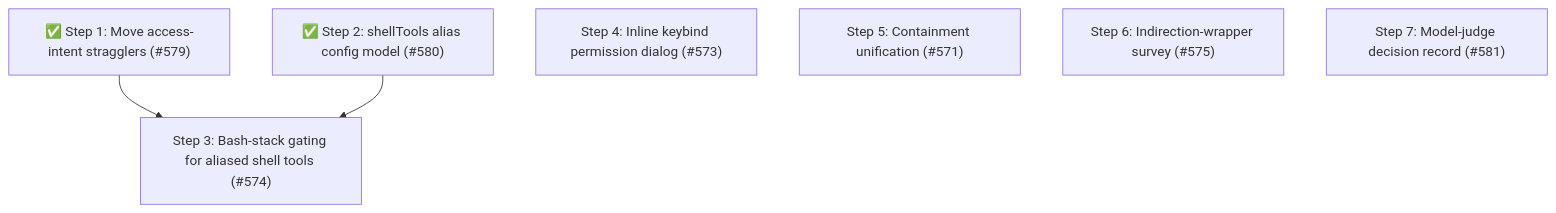
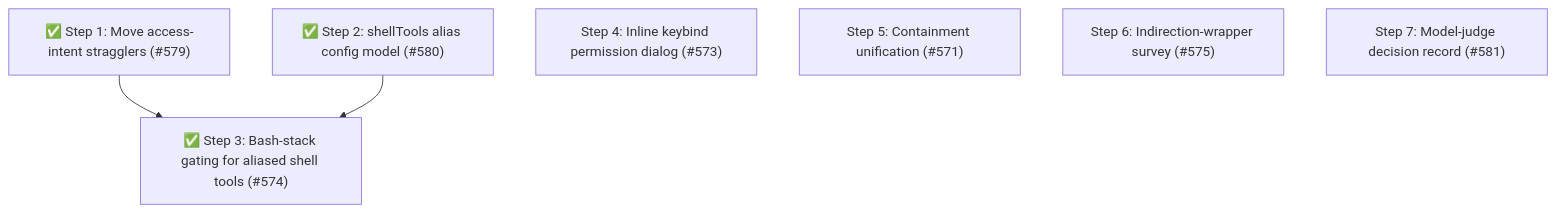
The fourth of 4 diagrams in packages/pi-permission-system/docs/architecture/architecture.md (whaoa/forked-gotgenes-pi-packages), drawn with Mermaid before and after one commit. The commit also changed other lines of this file and 2 other files, not shown here.

Commit message:
docs(pi-permission-system): document live shellTools enforcement

````diff
--- a/packages/pi-permission-system/docs/architecture/architecture.md
+++ b/packages/pi-permission-system/docs/architecture/architecture.md
@@ -984,12 +986,12 @@
 ```mermaid
 flowchart TD
     S1["✅ Step 1: Move access-intent stragglers (#579)"]
     S2["✅ Step 2: shellTools alias config model (#580)"]
-    S3["Step 3: Bash-stack gating for aliased shell tools (#574)"]
+    S3["✅ Step 3: Bash-stack gating for aliased shell tools (#574)"]
     S4["Step 4: Inline keybind permission dialog (#573)"]
     S5["Step 5: Containment unification (#571)"]
     S6["Step 6: Indirection-wrapper survey (#575)"]
     S7["Step 7: Model-judge decision record (#581)"]
     S1 --> S3
     S2 --> S3
 ```
````
